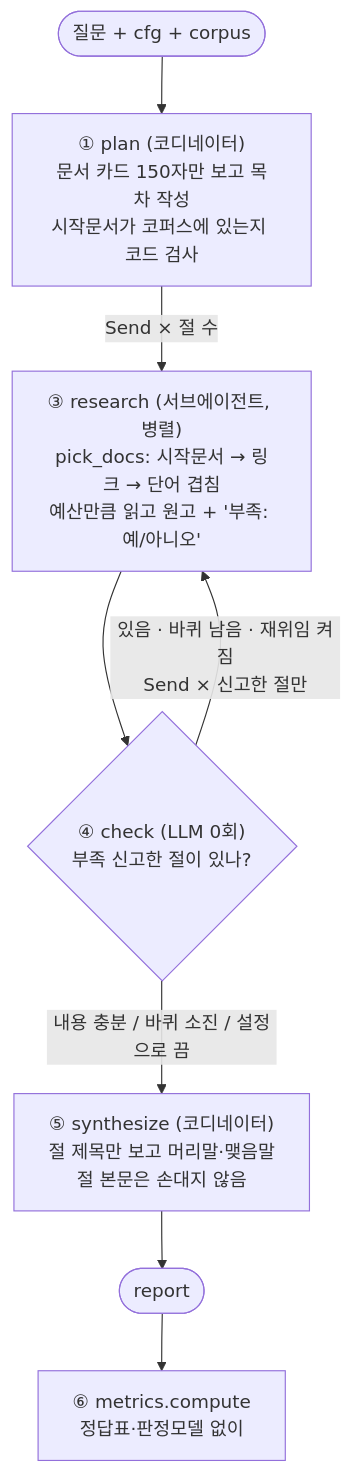
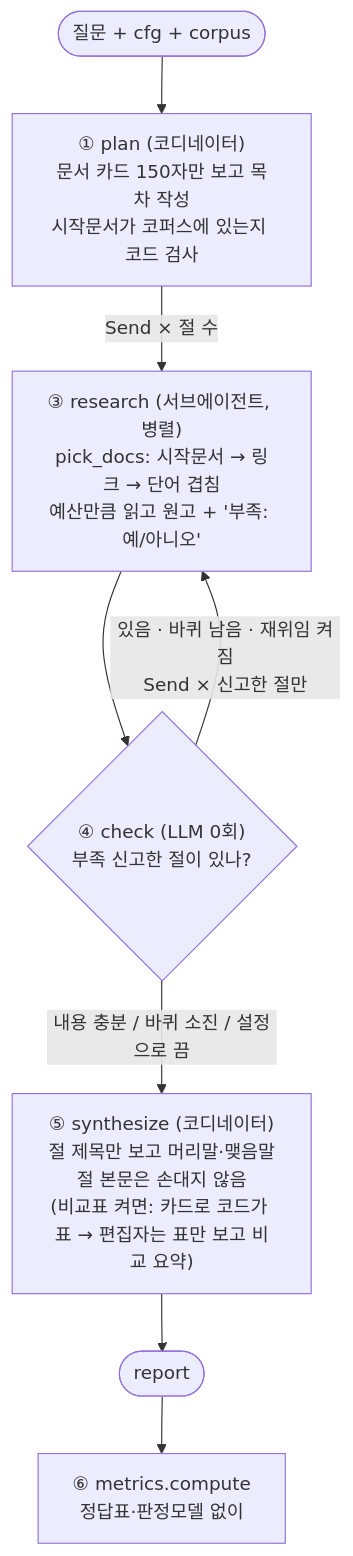
The diagram in REPORT.md (jubyeong-kim/market-deep-researcher), drawn with Mermaid before and after one commit. The commit also changed other lines of this file and 5 other files, not shown here.

````diff
--- a/REPORT.md
+++ b/REPORT.md
@@ -47,14 +54,14 @@
 ```mermaid
 flowchart TD
     START([질문 + cfg + corpus]) --> plan
     plan["① plan (코디네이터)<br/>문서 카드 150자만 보고 목차 작성<br/>시작문서가 코퍼스에 있는지 코드 검사"]
     plan -->|"Send × 절 수"| research
     research["③ research (서브에이전트, 병렬)<br/>pick_docs: 시작문서 → 링크 → 단어 겹침<br/>예산만큼 읽고 원고 + '부족: 예/아니오'"]
     research --> check
     check{"④ check (LLM 0회)<br/>부족 신고한 절이 있나?"}
     check -->|"있음 · 바퀴 남음 · 재위임 켜짐<br/>Send × 신고한 절만"| research
     check -->|"내용 충분 / 바퀴 소진 / 설정으로 끔"| synthesize
-    synthesize["⑤ synthesize (코디네이터)<br/>절 제목만 보고 머리말·맺음말<br/>절 본문은 손대지 않음"]
+    synthesize["⑤ synthesize (코디네이터)<br/>절 제목만 보고 머리말·맺음말<br/>절 본문은 손대지 않음<br/>(비교표 켜면: 카드로 코드가 표 → 편집자는 표만 보고 비교 요약)"]
     synthesize --> END([report])
     END --> metrics["⑥ metrics.compute<br/>정답표·판정모델 없이"]
 ```
````
